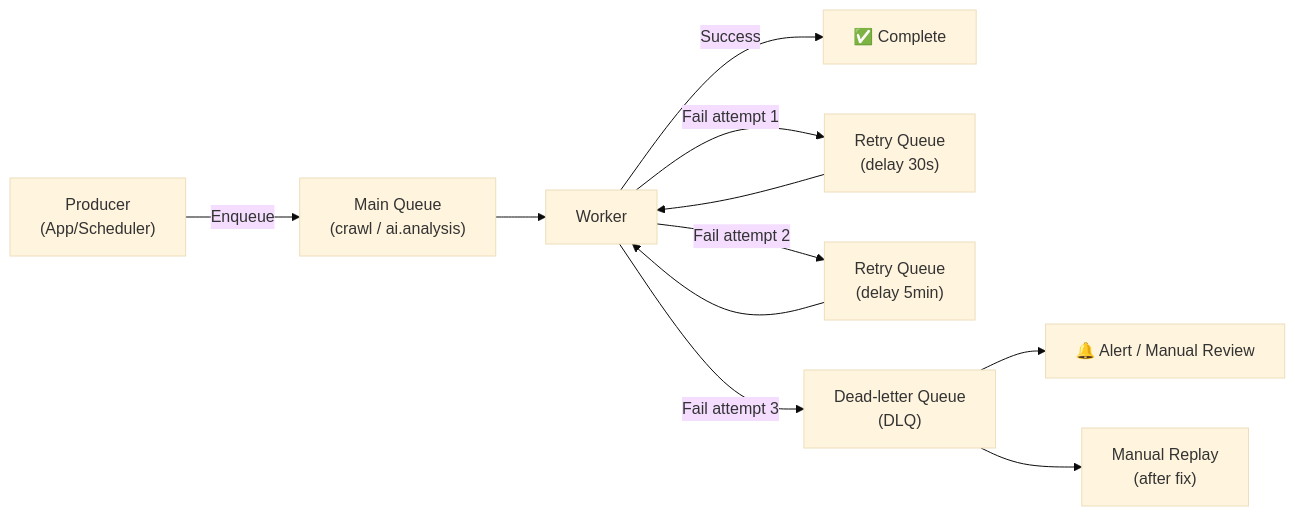
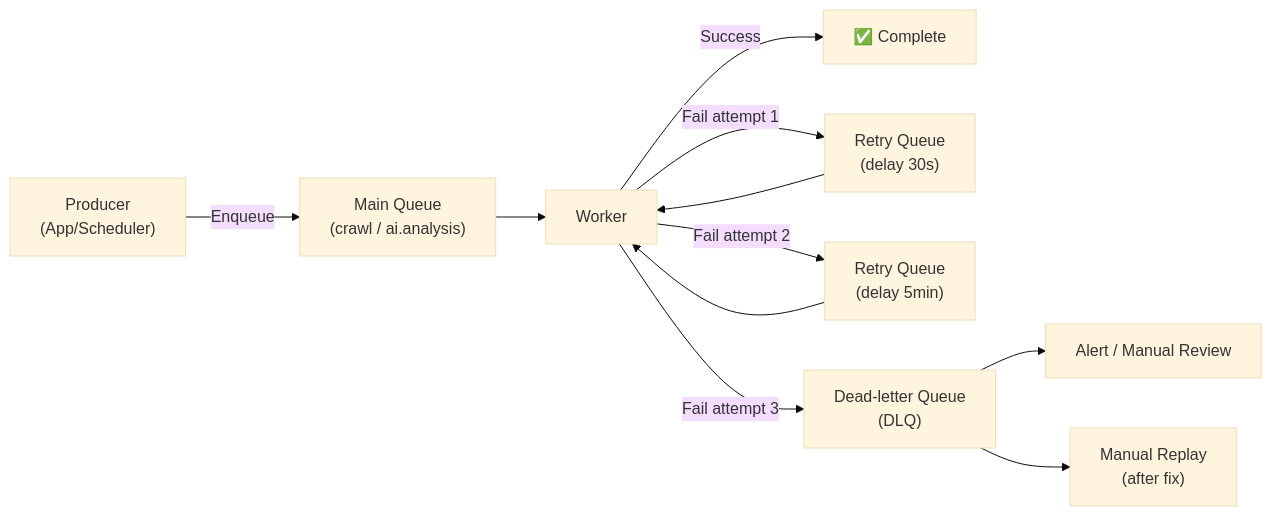
The ninth of 13 diagrams in Software-Architecture/exercises/03-cryptoinsight_evolutionary_architecture_design.md (phatnguyen975/Software-Engineering), drawn with Mermaid (base theme) before and after one commit. The commit also changed other lines of this file and 1 other file, not shown here.

````diff
--- a/Software-Architecture/exercises/03-cryptoinsight_evolutionary_architecture_design.md
+++ b/Software-Architecture/exercises/03-cryptoinsight_evolutionary_architecture_design.md
@@ -802,13 +803,13 @@
 ```mermaid
 graph LR
     Producer["Producer\n(App/Scheduler)"] --> |"Enqueue"| MainQueue["Main Queue\n(crawl / ai.analysis)"]
     MainQueue --> Worker["Worker"]
     Worker --> |"Success"| Done["✅ Complete"]
     Worker --> |"Fail attempt 1"| Retry1["Retry Queue\n(delay 30s)"]
     Retry1 --> Worker
     Worker --> |"Fail attempt 2"| Retry2["Retry Queue\n(delay 5min)"]
     Retry2 --> Worker
     Worker --> |"Fail attempt 3"| DLQ["Dead-letter Queue\n(DLQ)"]
-    DLQ --> Alert["🔔 Alert / Manual Review"]
+    DLQ --> Alert["Alert / Manual Review"]
     DLQ --> Replay["Manual Replay\n(after fix)"]
 ```
````
